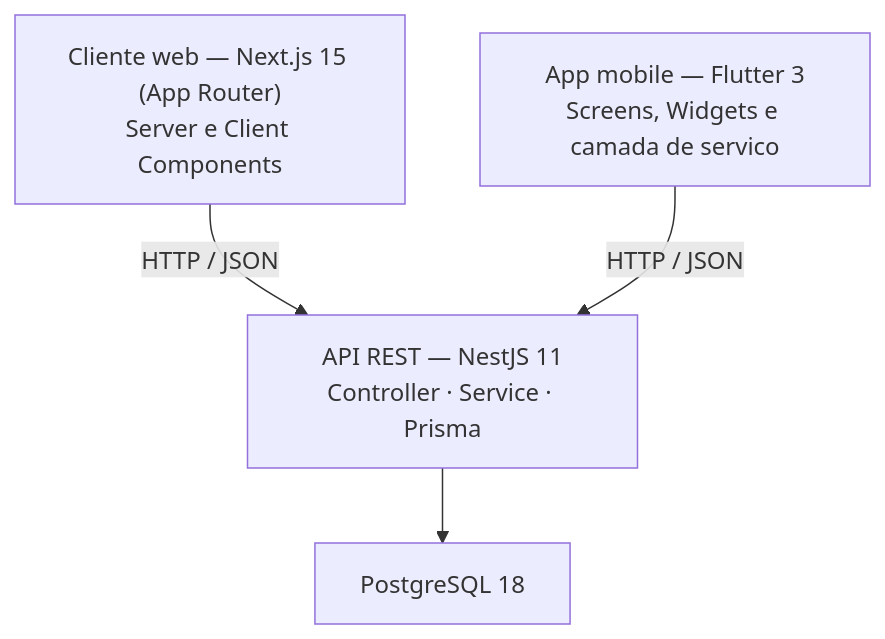
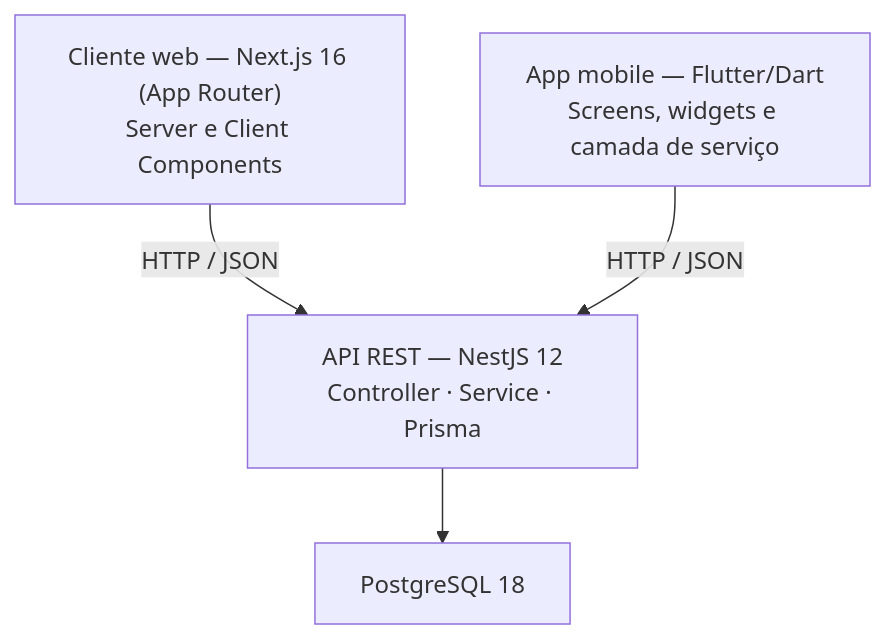
Before and after one commit to eu-breno/trabalho-final-dev-web-mobile: the second of 2 diagrams in docs/prd.md, drawn with Mermaid. The commit also changed other lines of this file and 5 other files, not shown here.

````diff
--- a/docs/prd.md
+++ b/docs/prd.md
@@ -268,10 +268,10 @@
 ```mermaid
 flowchart TD
-  W["Cliente web — Next.js 15 (App Router)<br/>Server e Client Components"]
-  M["App mobile — Flutter 3<br/>Screens, Widgets e camada de servico"]
-  A["API REST — NestJS 11<br/>Controller · Service · Prisma"]
+  W["Cliente web — Next.js 16 (App Router)<br/>Server e Client Components"]
+  M["App mobile — Flutter/Dart<br/>Screens, widgets e camada de serviço"]
+  A["API REST — NestJS 12<br/>Controller · Service · Prisma"]
   D["PostgreSQL 18"]
   W -->|HTTP / JSON| A
   M -->|HTTP / JSON| A
   A --> D
 ```
````
